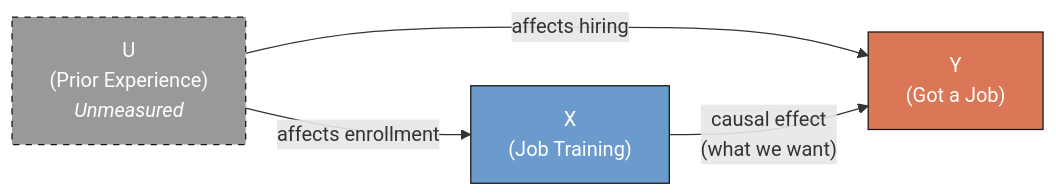
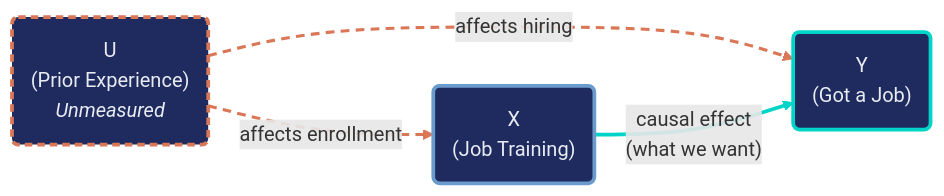
The first of 2 diagrams in content/post/python_partial_identification/references/tutorial.qmd (cmg777/starter-academic-v501), drawn with Mermaid before and after one commit. The commit also changed other lines of this file and 42 other files, not shown here.

First line of the commit message:
content(mermaid): restyle Mermaid copies in tutorial sources and the LaLonde slide deck

````diff
--- a/content/post/python_partial_identification/references/tutorial.qmd
+++ b/content/post/python_partial_identification/references/tutorial.qmd
@@ -221,10 +221,16 @@
 ```{mermaid}
 graph LR
-    U["U<br/>(Prior Experience)<br/><i>Unmeasured</i>"] -->|"affects enrollment"| X["X<br/>(Job Training)"]
-    U -->|"affects hiring"| Y["Y<br/>(Got a Job)"]
+    U("U<br/>(Prior Experience)<br/><i>Unmeasured</i>") -->|"affects enrollment"| X("X<br/>(Job Training)")
+    U -->|"affects hiring"| Y("Y<br/>(Got a Job)")
     X -->|"causal effect<br/>(what we want)"| Y
-
-    style U fill:#999999,stroke:#141413,color:#fff,stroke-dasharray: 5 5
-    style X fill:#6a9bcc,stroke:#141413,color:#fff
-    style Y fill:#d97757,stroke:#141413,color:#fff
+    classDef gray_dash fill:#1f2b5e,stroke:#c8d0e0,stroke-width:3px,color:#e8ecf2,stroke-dasharray:6 4
+    classDef blue fill:#1f2b5e,stroke:#6a9bcc,stroke-width:3px,color:#e8ecf2
+    classDef orange fill:#1f2b5e,stroke:#d97757,stroke-width:3px,color:#e8ecf2
+    classDef orange_dash fill:#1f2b5e,stroke:#d97757,stroke-width:3px,color:#e8ecf2,stroke-dasharray:6 4
+    classDef teal fill:#1f2b5e,stroke:#00d4c8,stroke-width:3px,color:#e8ecf2
+    class U orange_dash
+    class X blue
+    class Y teal
+    linkStyle 0,1 stroke:#d97757,stroke-width:2.5px,stroke-dasharray:7 5
+    linkStyle 2 stroke:#00d4c8,stroke-width:3px
 ```
````
